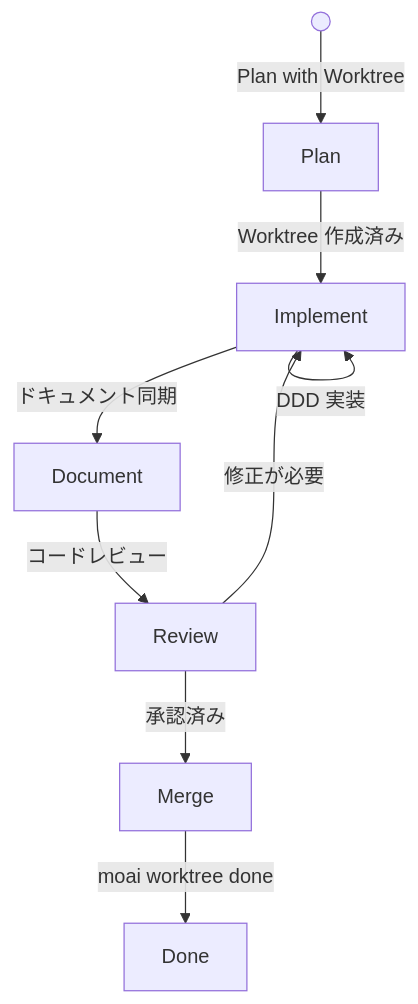
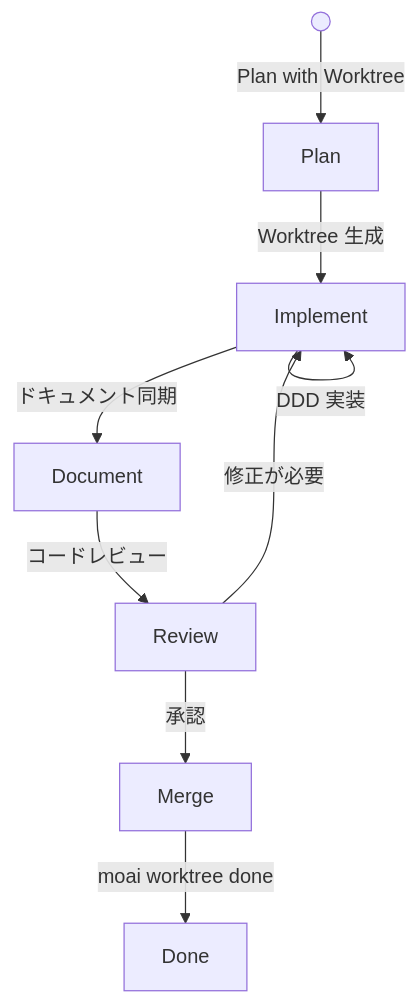
One commit to modu-ai/moai-adk changed the fifth of 10 diagrams in docs-site/content/ja/worktree/guide.md. Above: the diagram before and after it, drawn with Mermaid. The commit also changed other lines of this file and 180 other files, not shown here.

````diff
--- a/docs-site/content/ja/worktree/guide.md
+++ b/docs-site/content/ja/worktree/guide.md
@@ -380,11 +369,11 @@
 ```mermaid
 flowchart TD
     Start(( )) -->|"Plan with Worktree"| Plan["Plan"]
-    Plan -->|"Worktree 作成済み"| Implement["Implement"]
+    Plan -->|"Worktree 生成"| Implement["Implement"]
     Implement -->|"DDD 実装"| Implement
     Implement -->|"ドキュメント同期"| Document["Document"]
     Document -->|"コードレビュー"| Review["Review"]
-    Review -->|"承認済み"| Merge["Merge"]
+    Review -->|"承認"| Merge["Merge"]
     Review -->|"修正が必要"| Implement
     Merge -->|"moai worktree done"| Done["Done"]
 ```
````
